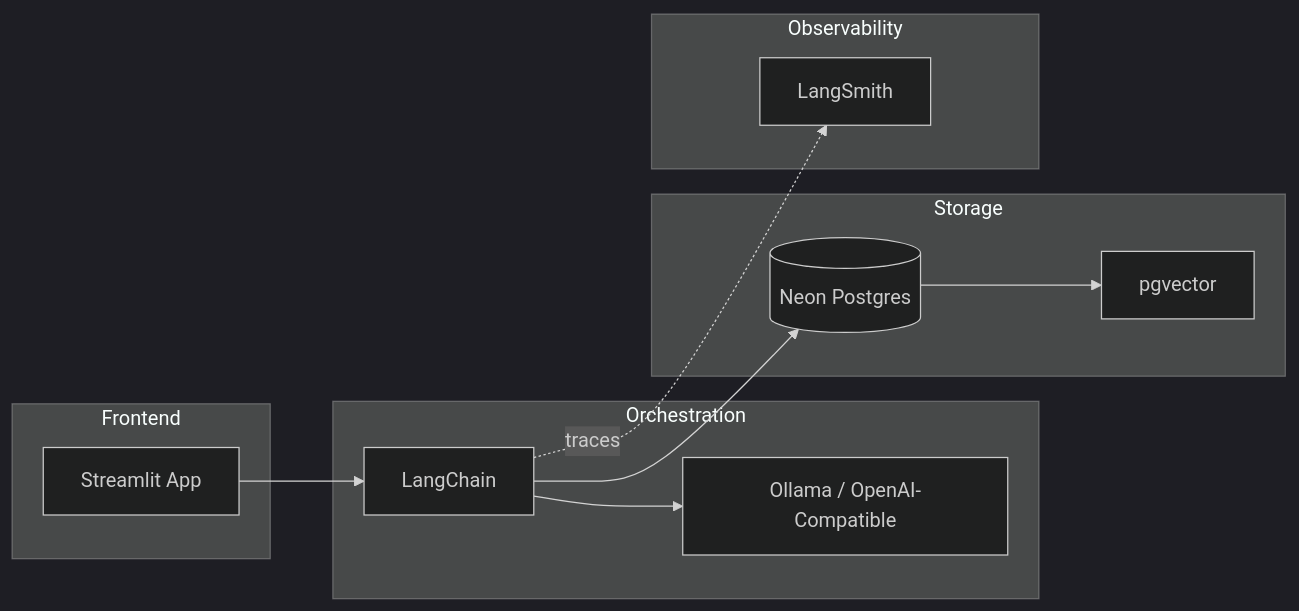
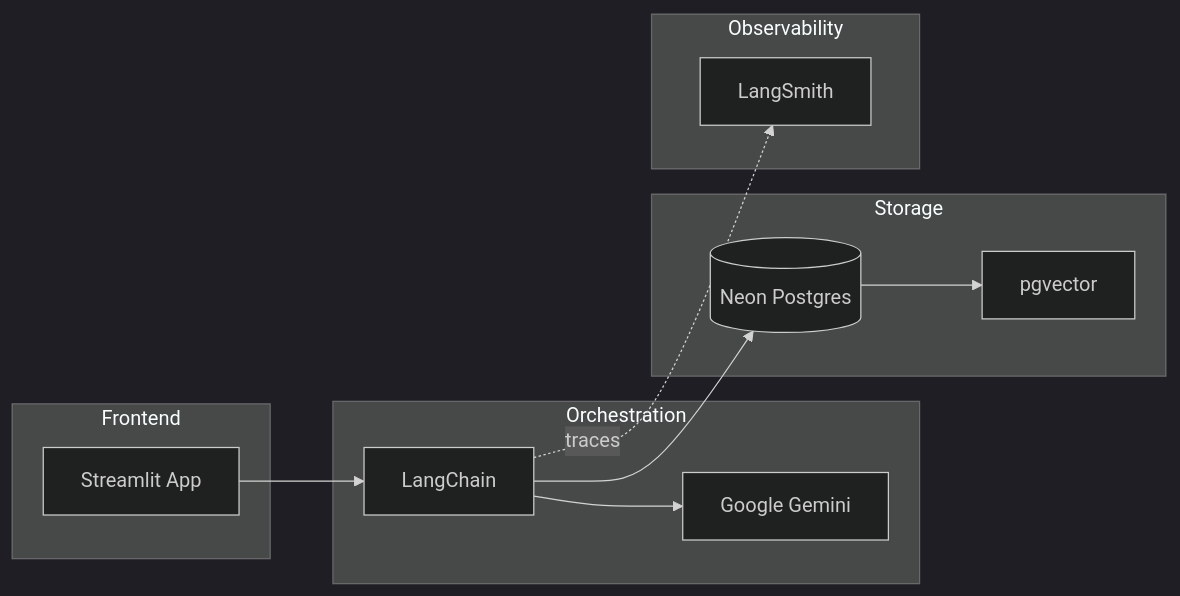
Before and after one commit to perezdap/SentinelRAG: the diagram in GEMINI.md, drawn with Mermaid (dark theme). The commit also changed other lines of this file and 9 other files, not shown here.

First line of the commit message:
feat: Migrate to Google Gemini API

````diff
--- a/GEMINI.md
+++ b/GEMINI.md
@@ -10,26 +10,26 @@
 ```mermaid
 flowchart LR
     subgraph Frontend
         A[Streamlit App]
     end
     
     subgraph Orchestration
         B[LangChain]
-        C[Ollama / OpenAI-Compatible]
+        C[Google Gemini]
     end
     
     subgraph Storage
         D[(Neon Postgres)]
         E[pgvector]
     end
     
     subgraph Observability
         F[LangSmith]
     end
     
     A --> B
     B --> C
     B --> D
     D --> E
     B -.traces.-> F
 ```
````
